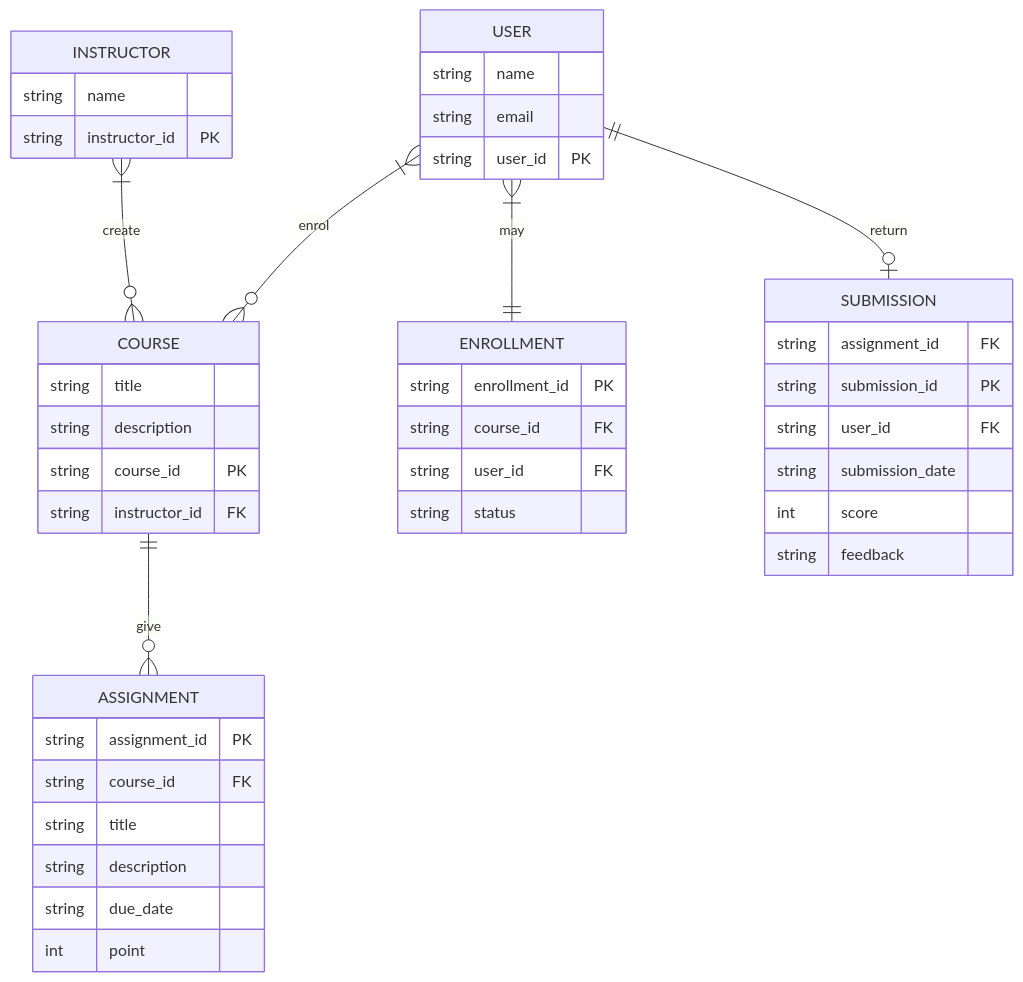
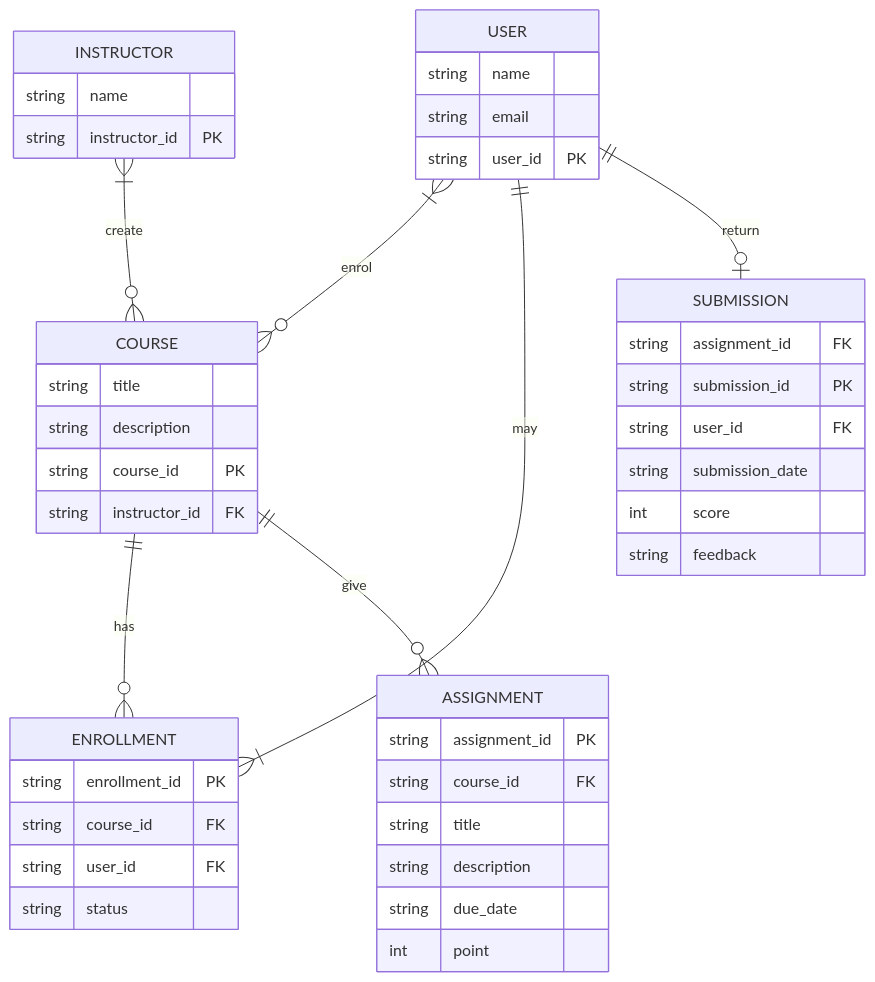
The diagram in database.md (Phastboy/diver-learn), drawn with Mermaid before and after one commit.

````diff
--- a/database.md
+++ b/database.md
@@ -1,45 +1,46 @@
 ```mermaid
 erDiagram
 	USER }|--o{ COURSE : enrol
 	USER {
 	string name
 	string email
 	string user_id PK
 	}
 	INSTRUCTOR }|--o{ COURSE: create
 	INSTRUCTOR {
 	string name
 	string instructor_id PK
 	}
 	COURSE{
 	string title
 	string description
 	string course_id PK
 	string instructor_id FK
 	}
+	COURSE ||--o{ ENROLLMENT : has
 	COURSE ||--o{ ASSIGNMENT : give
 	ASSIGNMENT {
 	string assignment_id PK
 	string course_id FK
 	string title
 	string description
 	string due_date
 	int point
 	}
-	USER }|--|| ENROLLMENT : may
+	USER ||--|{ ENROLLMENT : may
 	ENROLLMENT {
 	string enrollment_id PK
 	string course_id FK
 	string user_id FK
 	string status
 	}
 	USER ||--o| SUBMISSION : return
 	SUBMISSION {
 	string assignment_id FK
 	string submission_id PK
 	string user_id FK
 	string submission_date
 	int score
 	string feedback
 	}
 ```
````
